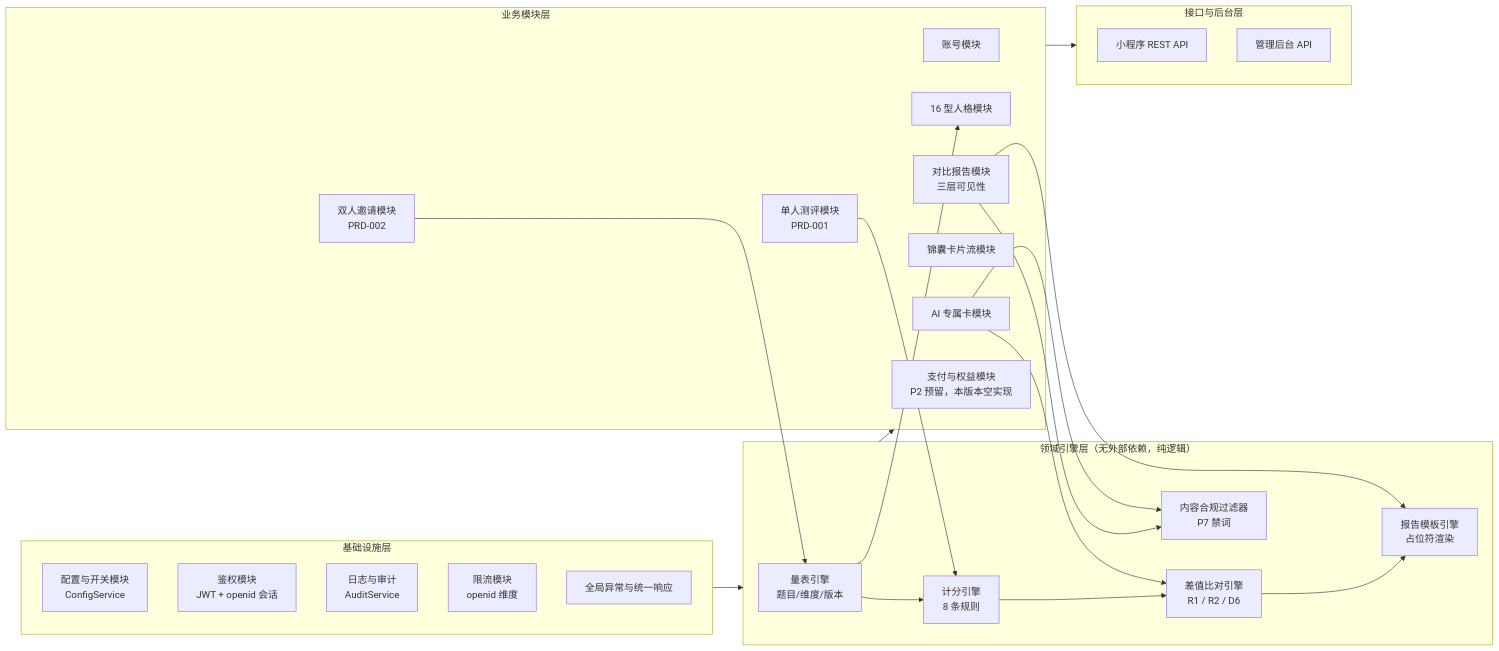
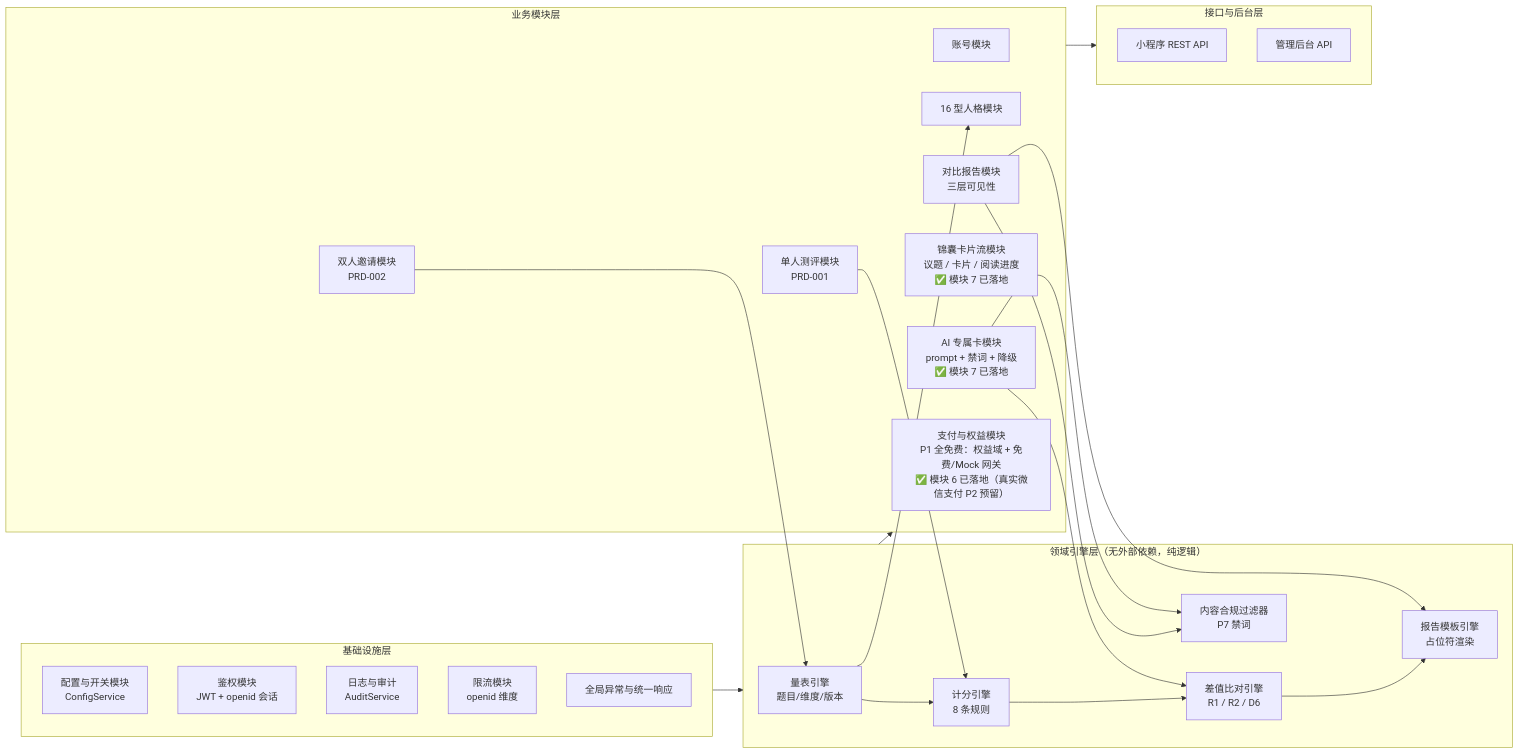
The second of 5 diagrams in docs/architecture.md (Abuab/zhiban), drawn with Mermaid before and after one commit. The commit also changed other lines of this file and 105 other files, not shown here.

````diff
--- a/docs/architecture.md
+++ b/docs/architecture.md
@@ -92,48 +94,48 @@
 ```mermaid
 flowchart LR
     subgraph L0["基础设施层"]
         CFG["配置与开关模块<br/>ConfigService"]
         AUTH["鉴权模块<br/>JWT + openid 会话"]
         LOG["日志与审计<br/>AuditService"]
         RATE["限流模块<br/>openid 维度"]
         ERR["全局异常与统一响应"]
     end
 
     subgraph L1["领域引擎层（无外部依赖，纯逻辑）"]
         SCALE["量表引擎<br/>题目/维度/版本"]
         SCORE["计分引擎<br/>8 条规则"]
         DIFF["差值比对引擎<br/>R1 / R2 / D6"]
         TPL["报告模板引擎<br/>占位符渲染"]
         P7["内容合规过滤器<br/>P7 禁词"]
     end
 
     subgraph L2["业务模块层"]
         LOGIN["账号模块"]
         SINGLE["单人测评模块<br/>PRD-001"]
         P16["16 型人格模块"]
         INVITE["双人邀请模块<br/>PRD-002"]
         REPORT["对比报告模块<br/>三层可见性"]
-        TOPIC["锦囊卡片流模块"]
-        CARD["AI 专属卡模块"]
-        PAY["支付与权益模块<br/>P2 预留，本版本空实现"]
+        TOPIC["锦囊卡片流模块<br/>议题 / 卡片 / 阅读进度<br/>✅ 模块 7 已落地"]
+        CARD["AI 专属卡模块<br/>prompt + 禁词 + 降级<br/>✅ 模块 7 已落地"]
+        PAY["支付与权益模块<br/>P1 全免费：权益域 + 免费/Mock 网关<br/>✅ 模块 6 已落地（真实微信支付 P2 预留）"]
     end
 
     subgraph L3["接口与后台层"]
         API["小程序 REST API"]
         ADMINAPI["管理后台 API"]
     end
 
     L0 --> L1
     L1 --> L2
     L2 --> L3
     SCALE --> SCORE
     SCALE --> P16
     SCORE --> DIFF
     DIFF --> TPL
     REPORT --> TPL
     REPORT --> P7
     CARD --> P7
     CARD --> DIFF
     INVITE --> SCALE
     SINGLE --> SCORE
 ```
````
